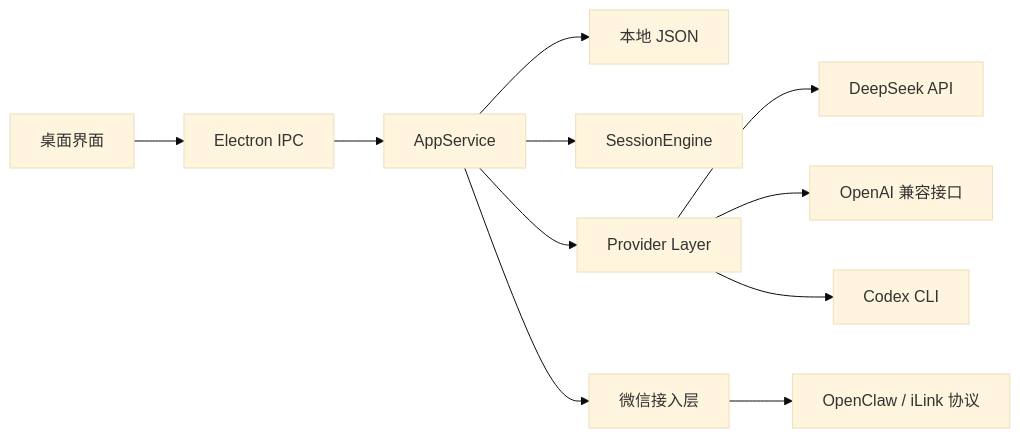
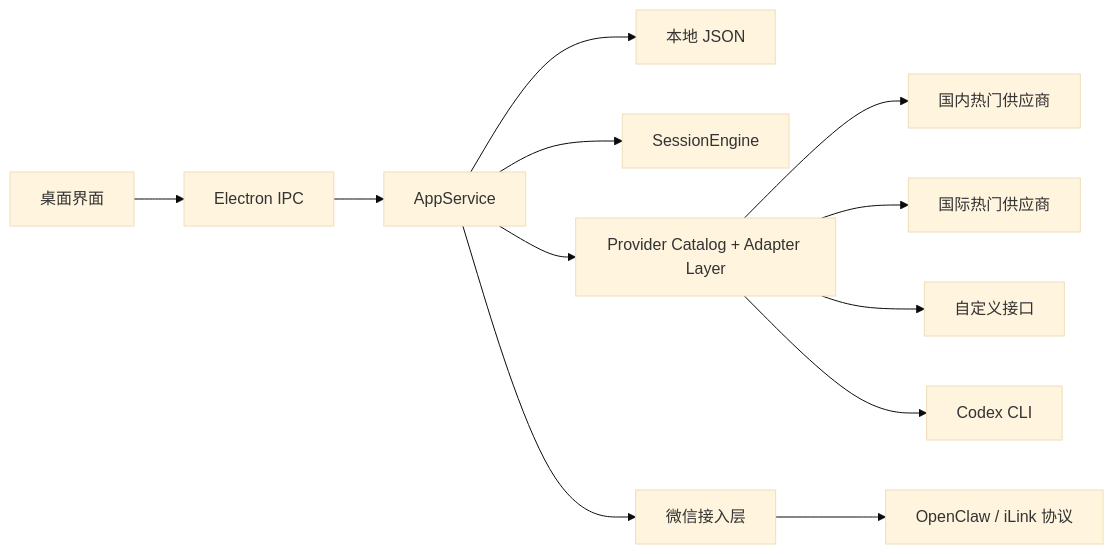
Before and after one commit to Shuo-O/wechat-agent-desktop: the diagram in docs/PROJECT-OVERVIEW.md, drawn with Mermaid (base theme). The commit also changed other lines of this file and 18 other files, not shown here.

````diff
--- a/docs/PROJECT-OVERVIEW.md
+++ b/docs/PROJECT-OVERVIEW.md
@@ -131,13 +138,14 @@
 ```mermaid
 flowchart LR
     UI["桌面界面"] --> IPC["Electron IPC"]
     IPC --> App["AppService"]
     App --> Store["本地 JSON"]
     App --> Session["SessionEngine"]
-    App --> Provider["Provider Layer"]
+    App --> Provider["Provider Catalog + Adapter Layer"]
     App --> WeChat["微信接入层"]
     WeChat --> OpenClaw["OpenClaw / iLink 协议"]
-    Provider --> DeepSeek["DeepSeek API"]
-    Provider --> OpenAI["OpenAI 兼容接口"]
+    Provider --> Domestic["国内热门供应商"]
+    Provider --> Global["国际热门供应商"]
+    Provider --> Custom["自定义接口"]
     Provider --> Codex["Codex CLI"]
 ```
````
